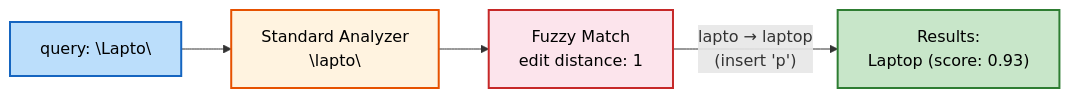
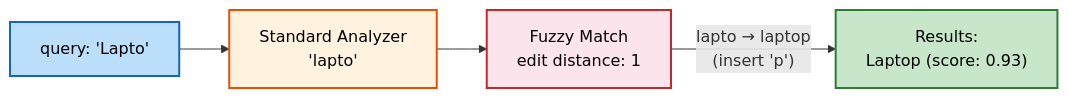
Before and after one commit to sawmikcuet19/ElasticSearch-springboot: the tenth of 17 diagrams in README.md, drawn with Mermaid. The commit also changed other lines of this file, not shown here.

Commit message:
Fix all Mermaid diagram parse errors: replace escaped quotes with single quotes

````diff
--- a/README.md
+++ b/README.md
@@ -554,11 +554,11 @@
 ```mermaid
 flowchart LR
-    Q["query: \"Lapto\""] --> ANALYZE["Standard Analyzer\n\"lapto\""]
+    Q["query: 'Lapto'"] --> ANALYZE["Standard Analyzer\n'lapto'"]
     ANALYZE --> FUZZY["Fuzzy Match\nedit distance: 1"]
     FUZZY -->|"lapto → laptop\n(insert 'p')"| RESULT["Results:\nLaptop (score: 0.93)"]
 
     style Q fill:#bbdefb,stroke:#1565c0,stroke-width:2px,color:#000
     style ANALYZE fill:#fff3e0,stroke:#e65100,stroke-width:2px,color:#000
     style FUZZY fill:#fce4ec,stroke:#c62828,stroke-width:2px,color:#000
     style RESULT fill:#c8e6c9,stroke:#2e7d32,stroke-width:2px,color:#000
 ```
````
